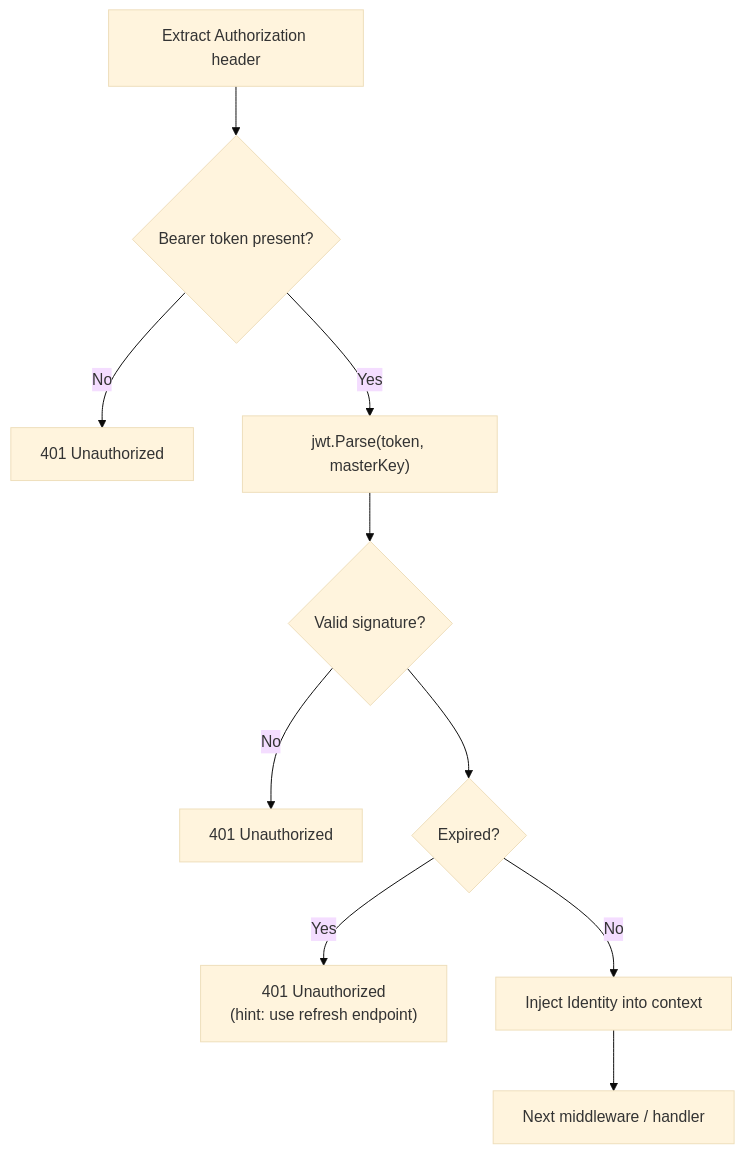
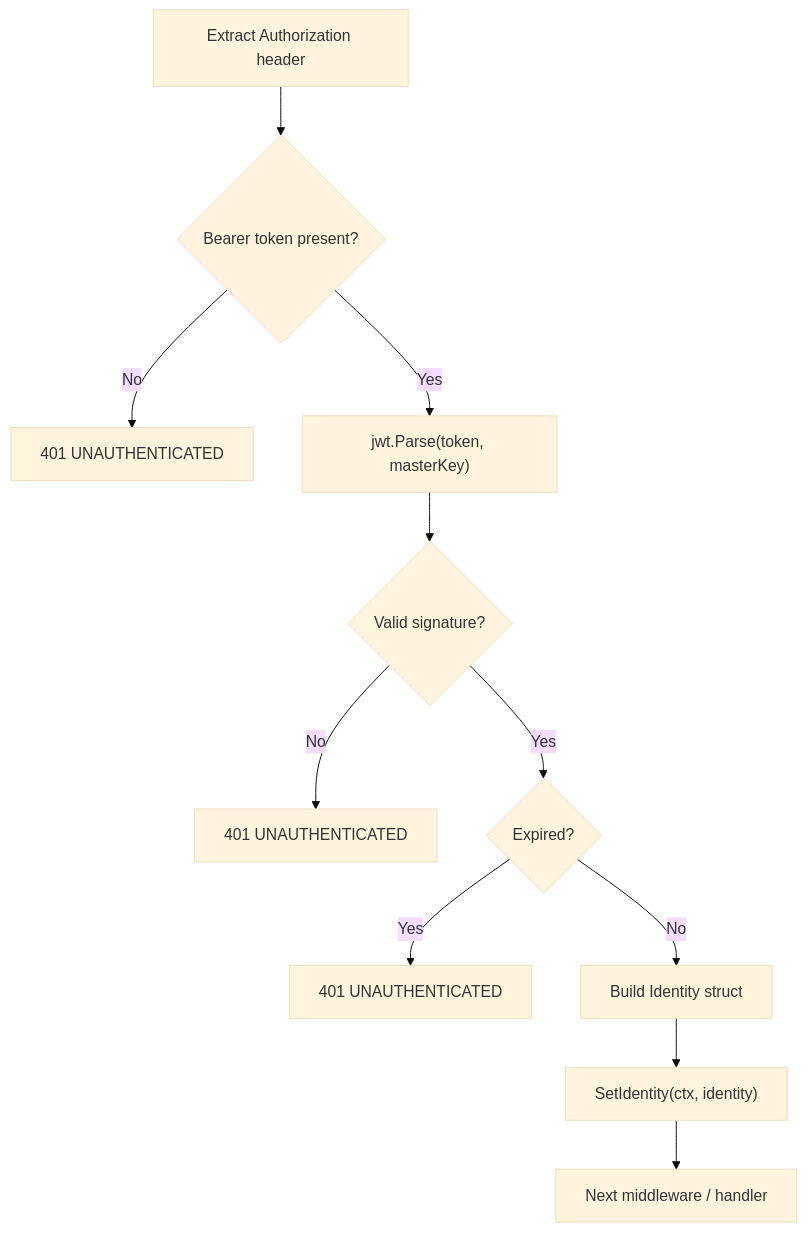
One commit to noiia/EERP-Documentation-Wiki changed the second of 4 diagrams in docs/core/authentication.md. Above: the diagram before and after it, drawn with Mermaid (base theme). The commit also changed other lines of this file and 18 other files, not shown here.

````diff
--- a/docs/core/authentication.md
+++ b/docs/core/authentication.md
@@ -72,12 +94,13 @@
 ```mermaid
 flowchart TD
     A["Extract Authorization header"] --> B{Bearer token present?}
-    B -- No --> C["401 Unauthorized"]
+    B -- No --> C["401 UNAUTHENTICATED"]
     B -- Yes --> D["jwt.Parse(token, masterKey)"]
     D --> E{Valid signature?}
-    E -- No --> F["401 Unauthorized"]
-    E --> G{Expired?}
-    G -- Yes --> H["401 Unauthorized\n(hint: use refresh endpoint)"]
-    G -- No --> I["Inject Identity into context"]
-    I --> J["Next middleware / handler"]
+    E -- No --> F["401 UNAUTHENTICATED"]
+    E -- Yes --> G{Expired?}
+    G -- Yes --> H["401 UNAUTHENTICATED"]
+    G -- No --> I["Build Identity struct"]
+    I --> J["SetIdentity(ctx, identity)"]
+    J --> K["Next middleware / handler"]
 ```
````
